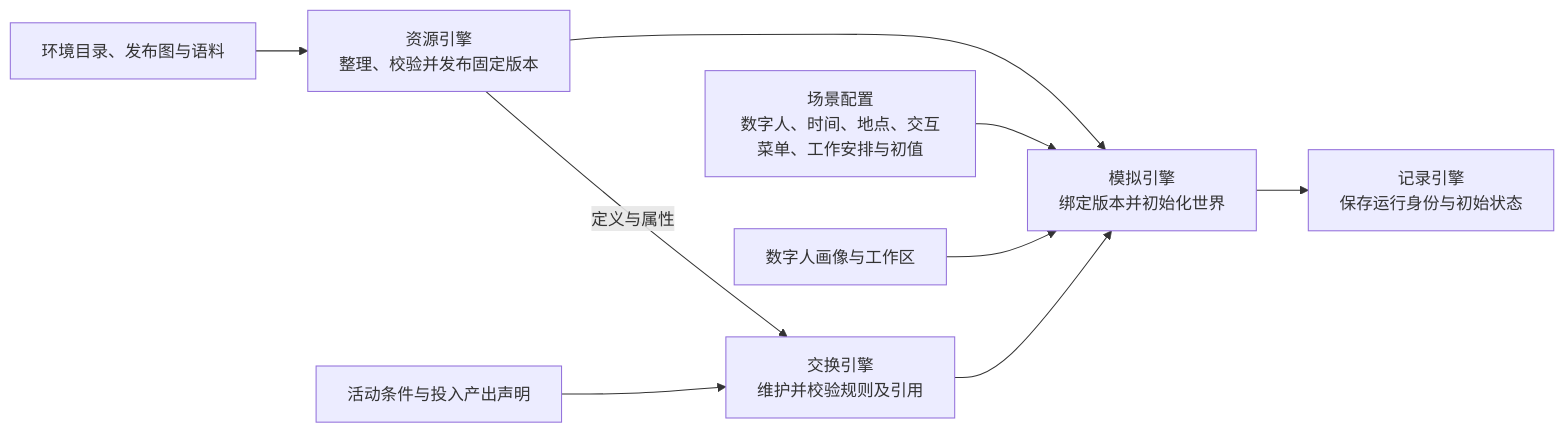
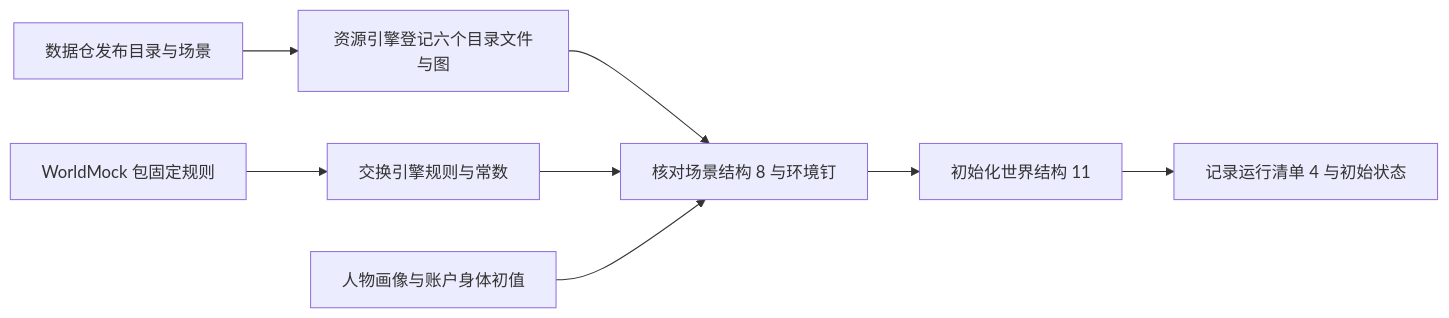
Before and after one commit to HoldThatThgt/WorldMock: the second of 9 diagrams in docs/design/01-architecture.md, drawn with Mermaid. The commit also changed other lines of this file and 164 other files, not shown here.

````diff
--- a/docs/design/01-architecture.md
+++ b/docs/design/01-architecture.md
@@ -163,11 +166,10 @@
 ```mermaid
 flowchart LR
-    SRC[环境目录、发布图与语料] --> R[资源引擎<br/>整理、校验并发布固定版本]
-    RULE[活动条件与投入产出声明] --> X[交换引擎<br/>维护并校验规则及引用]
-    R -->|定义与属性| X
-    CONF[场景配置<br/>数字人、时间、地点、交互菜单、工作安排与初值] --> S[模拟引擎<br/>绑定版本并初始化世界]
-    R --> S
+    D[数据仓发布目录与场景] --> R[资源引擎登记六个目录文件与图]
+    P[WorldMock 包固定规则] --> X[交换引擎规则与常数]
+    R --> S[核对场景结构 8 与环境钉]
     X --> S
-    PERSON[数字人画像与工作区] --> S
-    S --> F[记录引擎<br/>保存运行身份与初始状态]
+    A[人物画像与账户身体初值] --> S
+    S --> W[初始化世界结构 11]
+    W --> F[记录运行清单 4 与初始状态]
 ```
````
